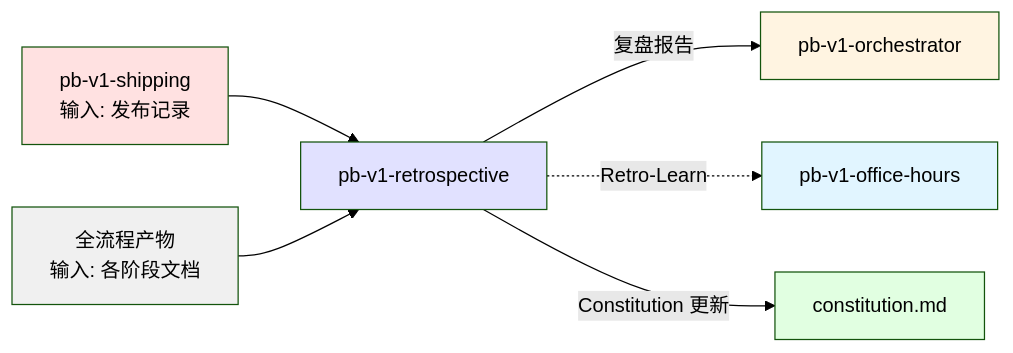
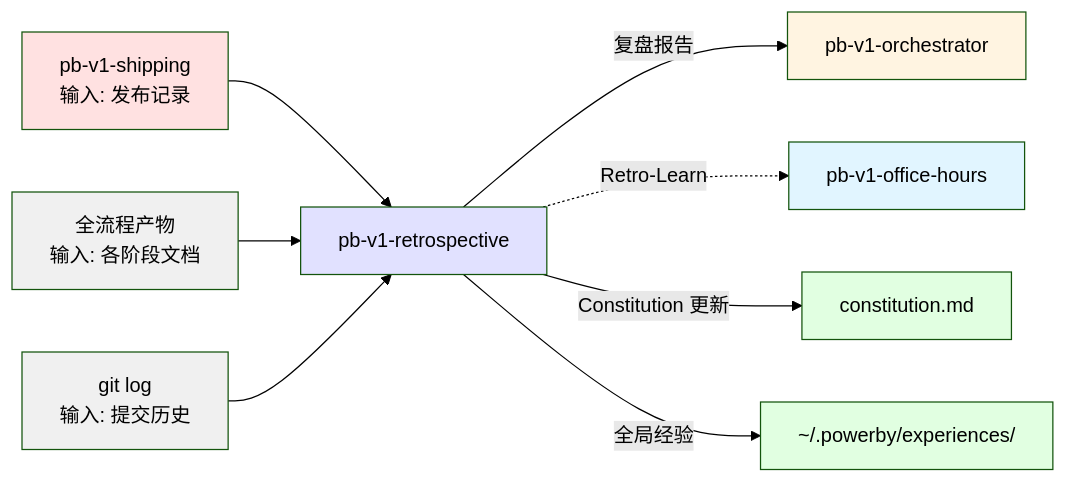
The third of 3 diagrams in skills/pb-v1-retrospective/SKILL.md (chenchiyuan/powerby-skills), drawn with Mermaid (forest theme) before and after one commit. The commit also changed other lines of this file and 46 other files, not shown here.

````diff
--- a/skills/pb-v1-retrospective/SKILL.md
+++ b/skills/pb-v1-retrospective/SKILL.md
@@ -500,15 +661,19 @@
 ```mermaid
 graph LR
     SHP[pb-v1-shipping<br/>输入: 发布记录] --> RET[pb-v1-retrospective]
     ALL[全流程产物<br/>输入: 各阶段文档] --> RET
+    GIT[git log<br/>输入: 提交历史] --> RET
     RET -->|复盘报告| ORC[pb-v1-orchestrator]
     RET -.->|Retro-Learn| OH[pb-v1-office-hours]
     RET -->|Constitution 更新| CONST[constitution.md]
+    RET -->|全局经验| GEL[~/.powerby/experiences/]
     
     style SHP fill:#ffe1e1
     style RET fill:#e1e1ff
     style ORC fill:#fff4e1
     style OH fill:#e1f5ff
     style ALL fill:#f0f0f0
+    style GIT fill:#f0f0f0
     style CONST fill:#e1ffe1
+    style GEL fill:#e1ffe1
 ```
````
